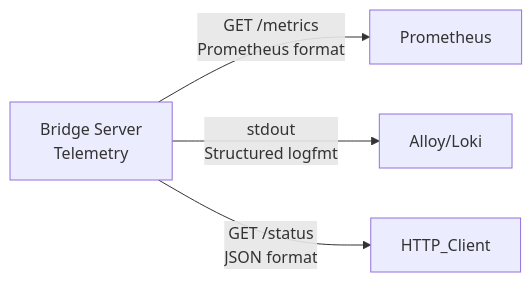
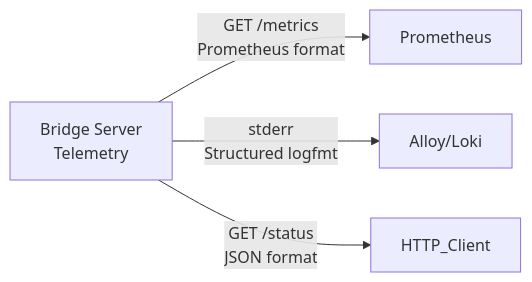
Before and after one commit to ndrean/ZeBridge: the second of 2 diagrams in README.md, drawn with Mermaid. The commit also changed other lines of this file and 12 other files, not shown here.

````diff
--- a/README.md
+++ b/README.md
@@ -703,6 +703,6 @@
 ```mermaid
 flowchart LR
     B[Bridge Server<br/>Telemetry] -->|GET /metrics<br/>Prometheus format| Prometheus
-    B -->|stdout<br/>Structured logfmt| Alloy/Loki
+    B -->|stderr<br/>Structured logfmt| Alloy/Loki
     B -->|GET /status<br/>JSON format| HTTP_Client
 ```
````
